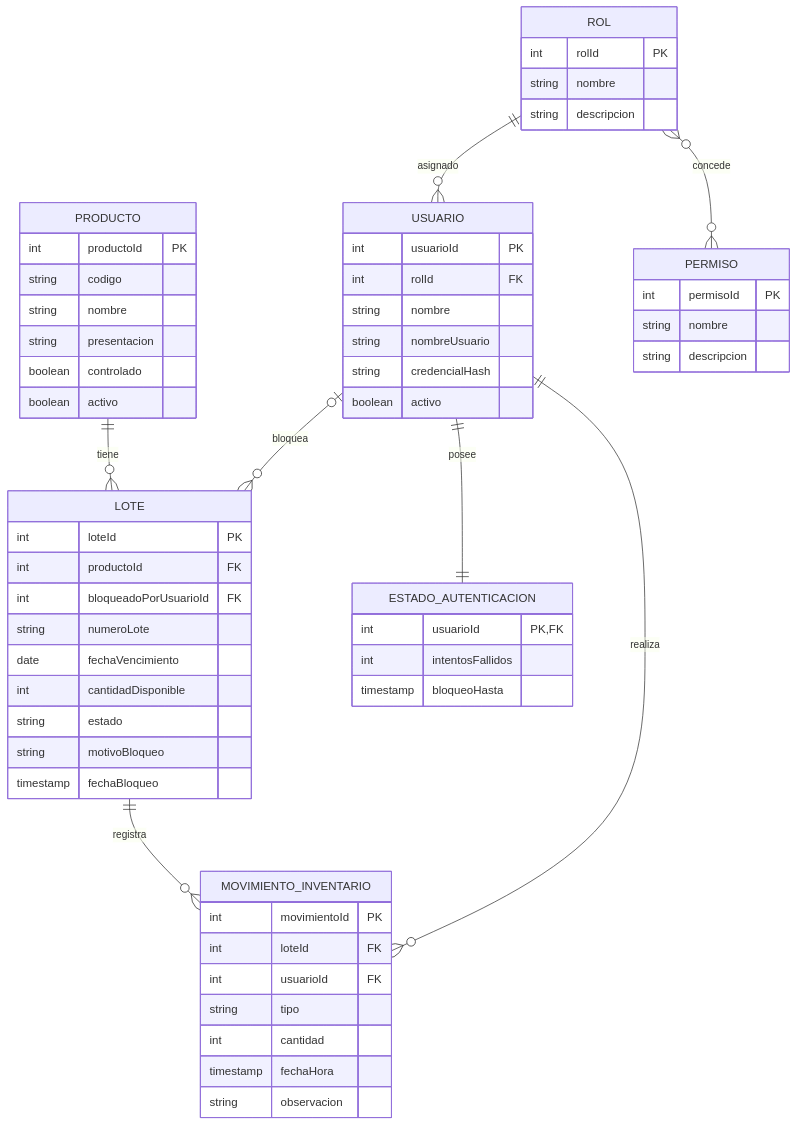
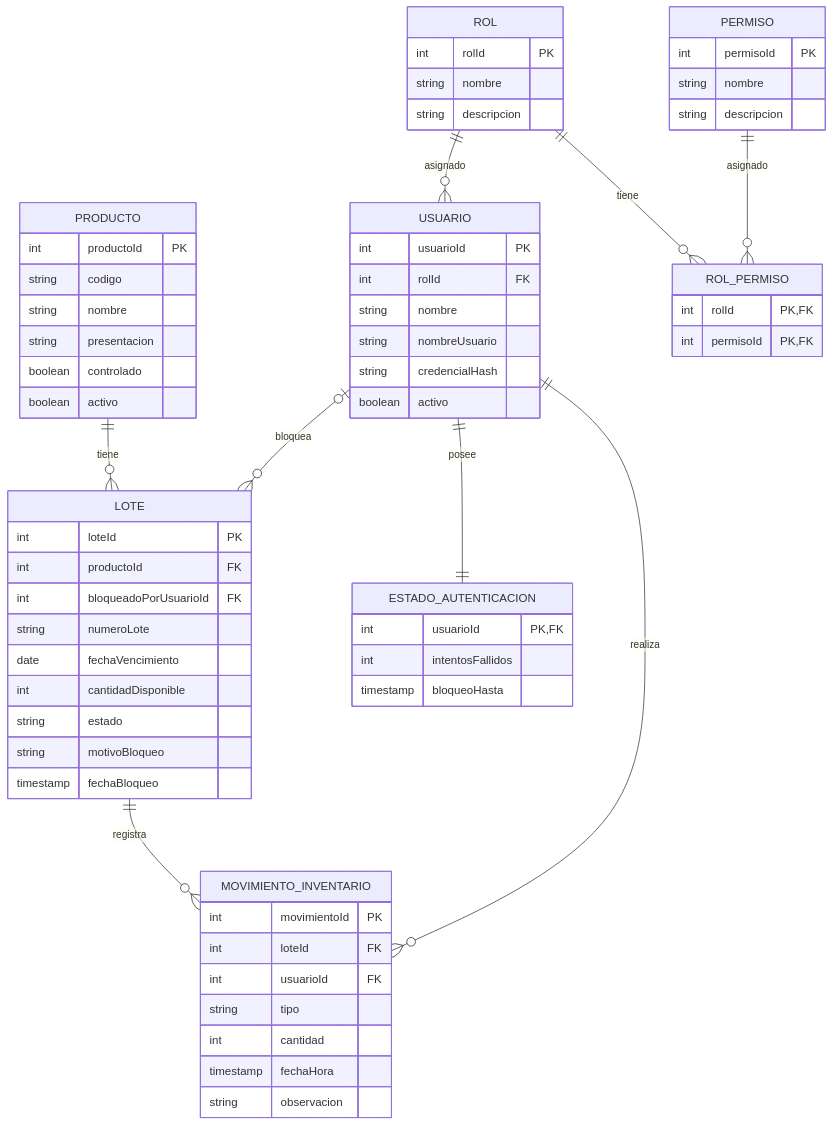
The third of 3 diagrams in docs/design/02_Diseño_de_Interacción_y_Datos.md (anmorenol63/Ingesoft_t6), drawn with Mermaid before and after one commit. The commit also changed other lines of this file, not shown here.

````diff
--- a/docs/design/02_Diseño_de_Interacción_y_Datos.md
+++ b/docs/design/02_Diseño_de_Interacción_y_Datos.md
@@ -274,68 +273,74 @@
 ```mermaid
 erDiagram
     PRODUCTO ||--o{ LOTE : tiene
     LOTE ||--o{ MOVIMIENTO_INVENTARIO : registra
     USUARIO ||--o{ MOVIMIENTO_INVENTARIO : realiza
     USUARIO ||--|| ESTADO_AUTENTICACION : posee
     ROL ||--o{ USUARIO : asignado
-    ROL }o--o{ PERMISO : concede
+    ROL ||--o{ ROL_PERMISO : tiene
+    PERMISO ||--o{ ROL_PERMISO : asignado
     USUARIO o|--o{ LOTE : bloquea
 
     PRODUCTO {
         int productoId PK
         string codigo
         string nombre
         string presentacion
         boolean controlado
         boolean activo
     }
 
     LOTE {
         int loteId PK
         int productoId FK
         int bloqueadoPorUsuarioId FK
         string numeroLote
         date fechaVencimiento
         int cantidadDisponible
         string estado
         string motivoBloqueo
         timestamp fechaBloqueo
     }
 
     MOVIMIENTO_INVENTARIO {
         int movimientoId PK
         int loteId FK
         int usuarioId FK
         string tipo
         int cantidad
         timestamp fechaHora
         string observacion
     }
 
     USUARIO {
         int usuarioId PK
         int rolId FK
         string nombre
         string nombreUsuario
         string credencialHash
         boolean activo
     }
 
     ROL {
         int rolId PK
         string nombre
         string descripcion
     }
 
     PERMISO {
         int permisoId PK
         string nombre
         string descripcion
     }
 
+    ROL_PERMISO {
+        int rolId PK, FK
+        int permisoId PK, FK
+    }
+
     ESTADO_AUTENTICACION {
         int usuarioId PK, FK
         int intentosFallidos
         timestamp bloqueoHasta
     }
 ```
````
